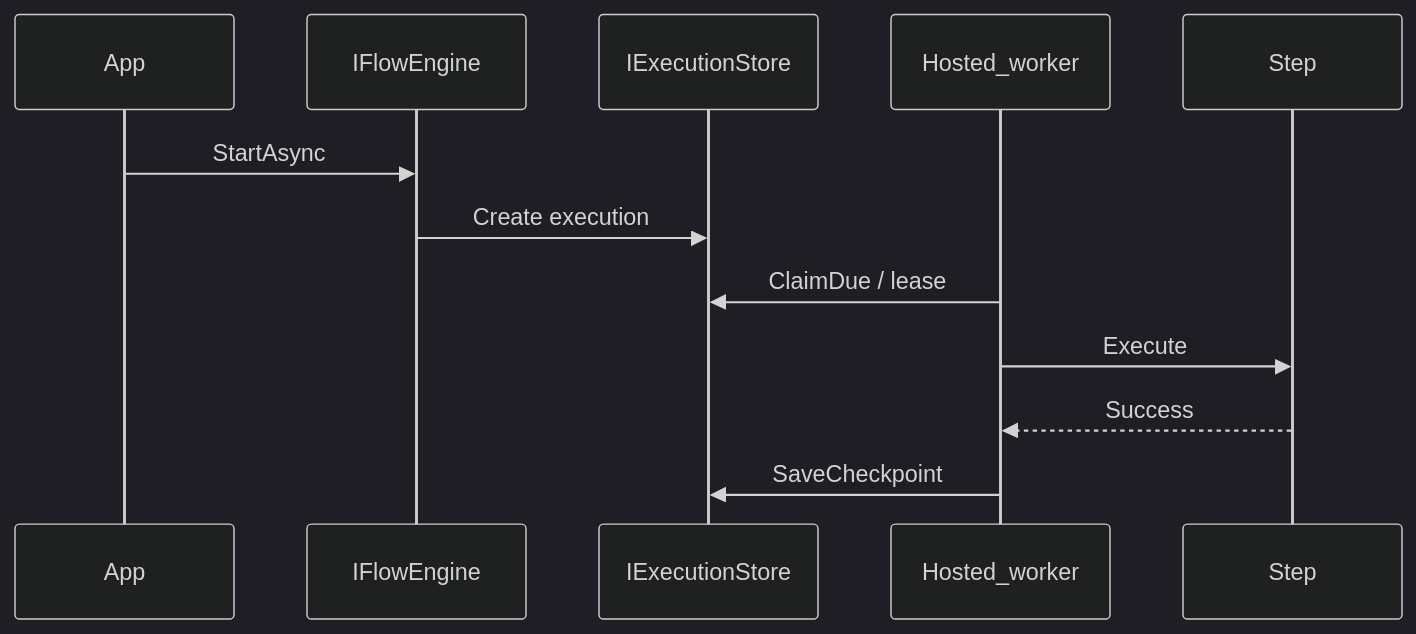
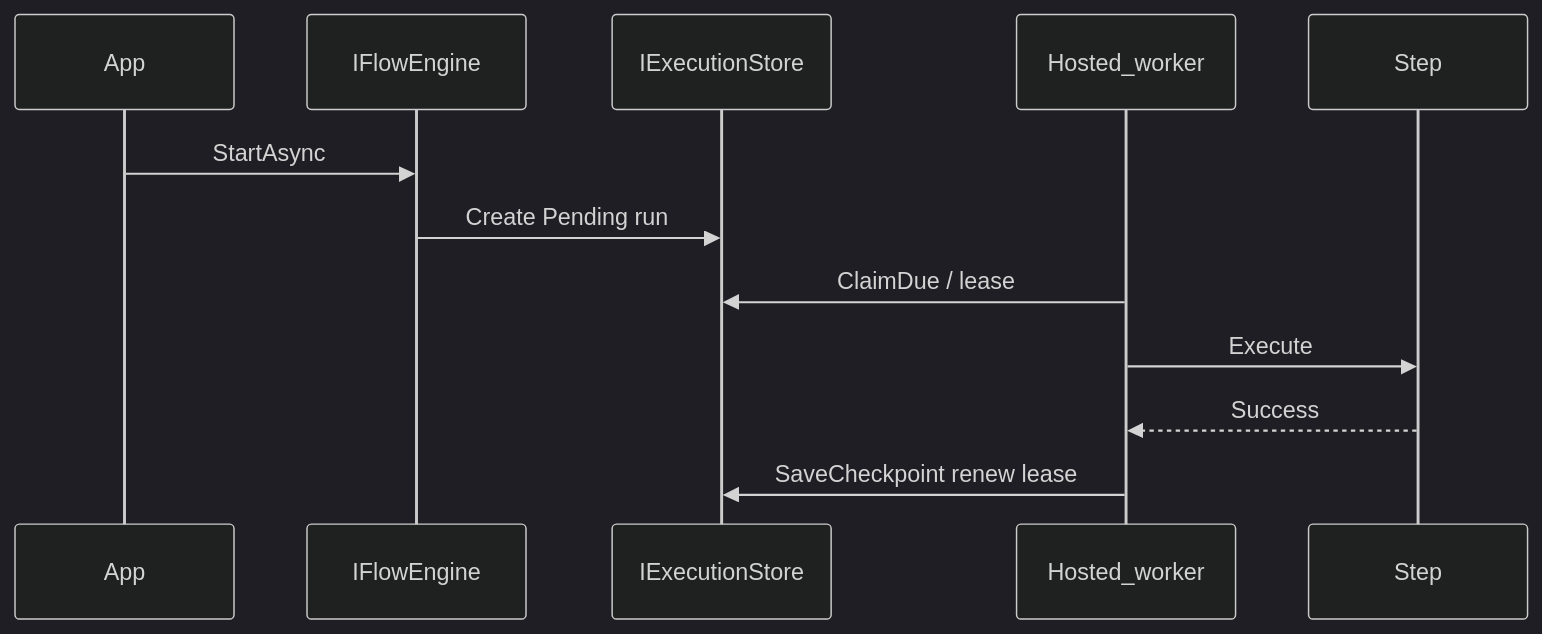
One commit to mohd2sh/Durably changed the second of 2 diagrams in README.md. Above: the diagram before and after it, drawn with Mermaid (dark theme). The commit also changed other lines of this file and 54 other files, not shown here.

````diff
--- a/README.md
+++ b/README.md
@@ -177,15 +140,15 @@
 ```mermaid
 sequenceDiagram
   participant App
   participant Engine as IFlowEngine
   participant Store as IExecutionStore
   participant Worker as Hosted_worker
   participant Step as Step
 
   App->>Engine: StartAsync
-  Engine->>Store: Create execution
+  Engine->>Store: Create Pending run
   Worker->>Store: ClaimDue / lease
   Worker->>Step: Execute
   Step-->>Worker: Success
-  Worker->>Store: SaveCheckpoint
+  Worker->>Store: SaveCheckpoint renew lease
 ```
````
